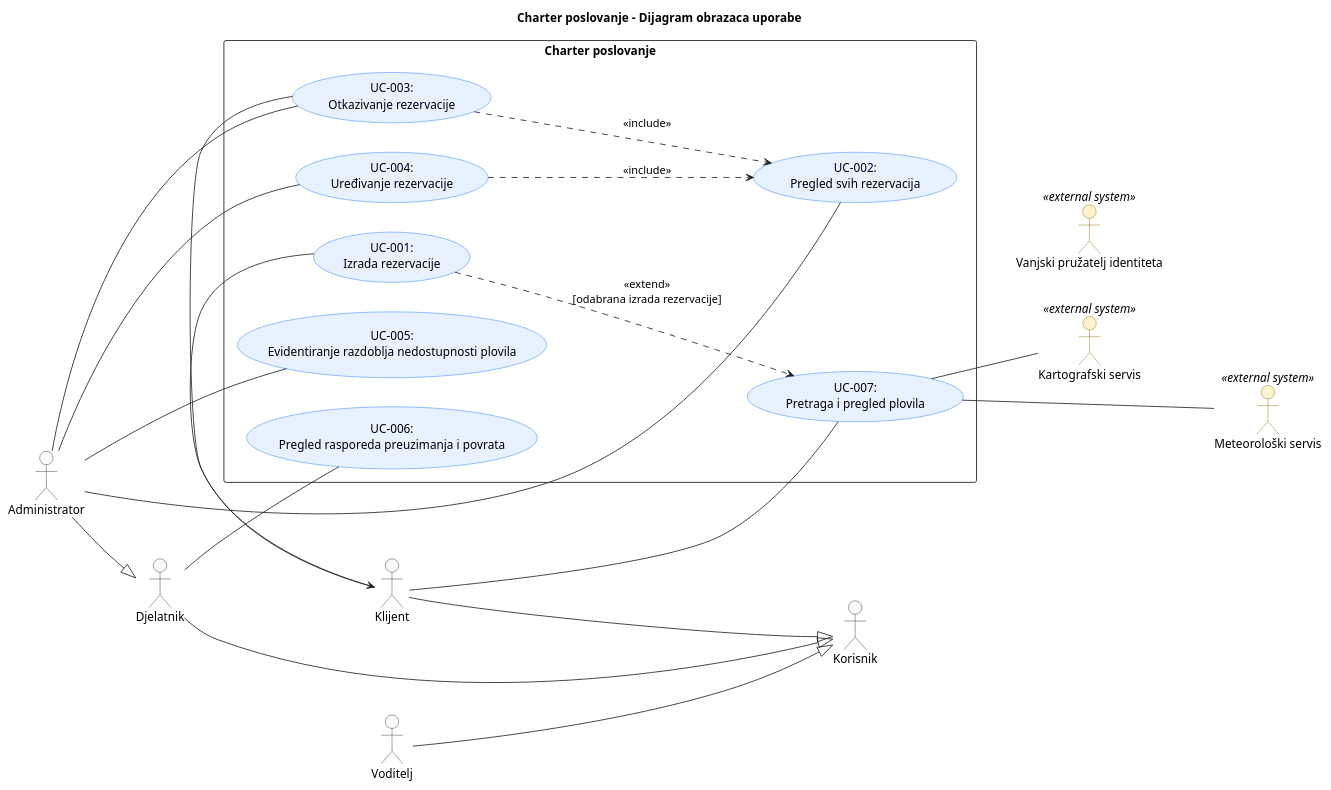
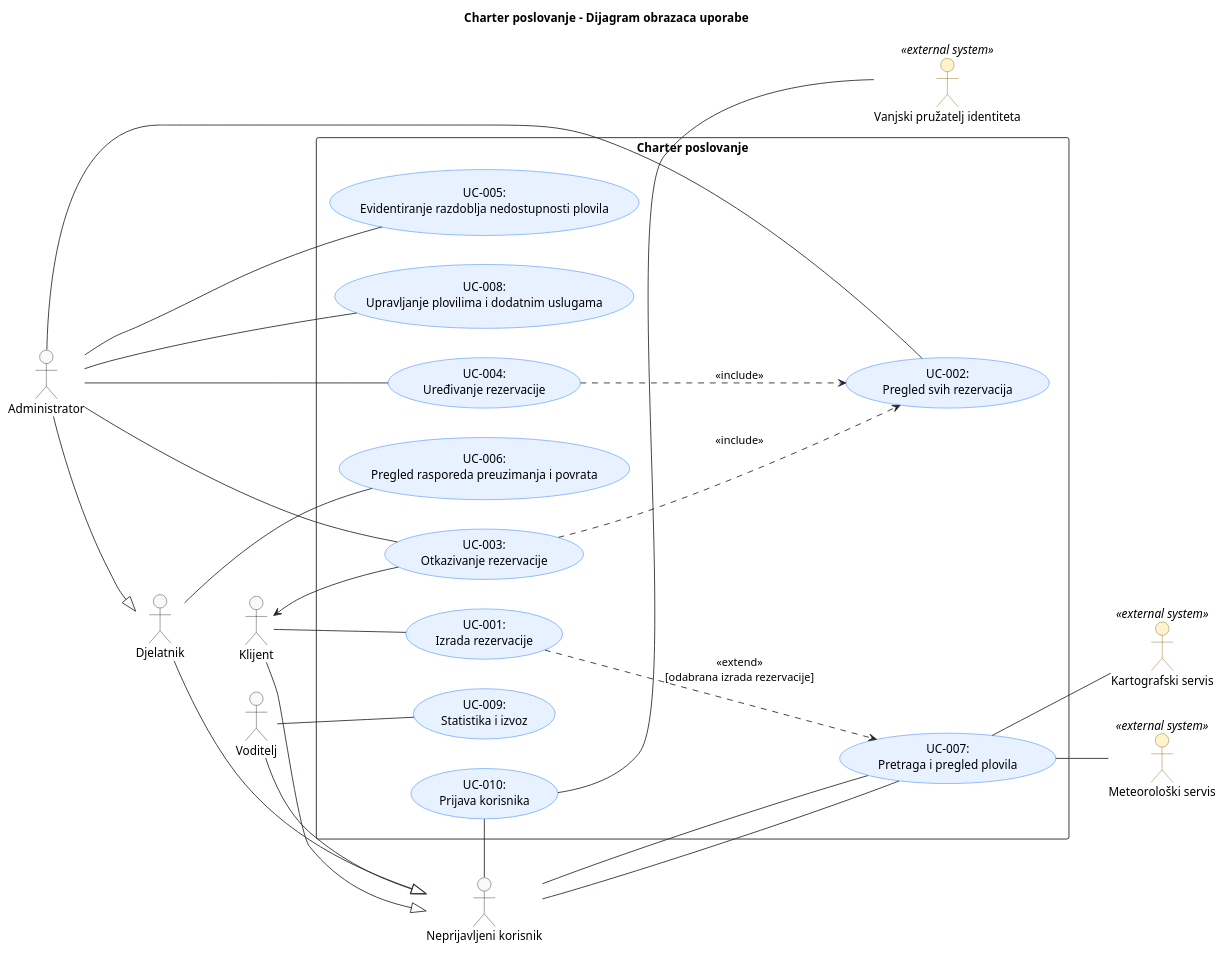
One commit to auzelac1/PROGI_PROJEKT changed the diagram in docs/puml/3-1-UC.puml. Above: the diagram before and after it, drawn with PlantUML.

Commit message:
Dodani preostali obrasci uporabe

```diff
--- a/docs/puml/3-1-UC.puml
+++ b/docs/puml/3-1-UC.puml
@@ -1,102 +1,119 @@
 @startuml
 left to right direction
 title "Charter poslovanje - Dijagram obrazaca uporabe"
 
 skinparam shadowing false
 skinparam defaultFontName Arial
 skinparam ArrowColor #212529
 skinparam FontColor #748cab
 
 skinparam actor {
     BackgroundColor #F8F9FA
     BorderColor #212529
     BackgroundColor<<external system>> #FFF3CD
     BorderColor<<external system>> #856404
 }
 
 skinparam usecase {
     BackgroundColor #E7F1FF
     BorderColor #0D6EFD
 }
 
 ' Primarni akteri
 
-actor Korisnik as "Korisnik"
+actor Neprijavljeni as "Neprijavljeni korisnik"
 actor Klijent as "Klijent"
 actor Djelatnik as "Djelatnik"
 actor Voditelj as "Voditelj"
 actor Admin as "Administrator"
 
 ' Sekundarni akteri
 actor "Vanjski pružatelj identiteta" as idp <<external system>>
 actor "Meteorološki servis" as meteo <<external system>>
 actor "Kartografski servis" as map <<external system>>
 
 ' Specijalizacije
-Klijent -|> Korisnik
+Klijent -|> Neprijavljeni
 Admin -|> Djelatnik
-Djelatnik -|> Korisnik
-Voditelj -|> Korisnik
+Djelatnik -|> Neprijavljeni
+Voditelj -|> Neprijavljeni
 
 ' Raspored na dijagramu
-Korisnik -[hidden]down-> Klijent
+Neprijavljeni-[hidden]down-> Klijent
 Djelatnik -[hidden]down-> Klijent
 Djelatnik -[hidden]down-> Voditelj
 Admin -[hidden]down-> Djelatnik
 
 rectangle "Charter poslovanje" as Charter {
 
     ' Izrada rezervacije
     (UC-001:\nIzrada rezervacije) as izradaRezervacije
     
     ' Uređivanje i otkazivanje rezervacija
     (UC-002:\nPregled svih rezervacija) as pregledRezervacije
     (UC-003:\nOtkazivanje rezervacije) as otkazivanjeRezervacije
     (UC-004:\nUređivanje rezervacije) as uredjivanjeRezervacije
 
     ' Evidentiranje razdoblja nedostupnosti plovila
     (UC-005:\nEvidentiranje razdoblja nedostupnosti plovila) as nedostupnost
     
     ' Pregled rasporeda preuzimanja i povrata
     (UC-006:\nPregled rasporeda preuzimanja i povrata) as preuzimanjePovrat
 
     ' Pretraga i pregled plovila
     (UC-007:\nPretraga i pregled plovila) as pregledPlovila
 
+    ' Upravljanje plovilima i dodatnim uslugama
+    (UC-008:\nUpravljanje plovilima i dodatnim uslugama) as upravljanjePlovilima
+    together {
+        ' Statistika i izvoz
+        (UC-009:\nStatistika i izvoz) as statistika
+
+        ' Prijava korisnika
+        (UC-010:\nPrijava korisnika) as prijava
+    }
 }
 
 ' Asocijacije aktera i slučajeva uporabe
 Klijent -- izradaRezervacije
 
 Admin -- pregledRezervacije
 
 Admin -- otkazivanjeRezervacije
 
 Admin -- uredjivanjeRezervacije
 
 Admin -- nedostupnost
 
 Djelatnik -- preuzimanjePovrat
 
-Klijent -- pregledPlovila
+Neprijavljeni -- pregledPlovila
+
+Neprijavljeni -- pregledPlovila
+
+Admin -- upravljanjePlovilima
+
+Voditelj -- statistika
+
+Neprijavljeni -- prijava
 
 ' Slanje poruke klijentu da mu je rezervacija otkazana
 otkazivanjeRezervacije --> Klijent
 
 ' Obavezno ponašanje
 otkazivanjeRezervacije ..> pregledRezervacije : <<include>>
 uredjivanjeRezervacije ..> pregledRezervacije : <<include>>
 
 ' Opcionalno ponašanje
 izradaRezervacije ..> pregledPlovila : <<extend>>\n[odabrana izrada rezervacije]
 
-' Interakcije sa sakundarnim akterima
+' Interakcije sa sekundarnim akterima
 pregledPlovila -- meteo
 pregledPlovila -- map
+prijava -- idp
 
-
-map -[hidden]left-> idp
-map -[hidden]down-> meteo
+meteo -[hidden]left-> map
+idp -[hidden]down-> meteo
 
 
 @enduml
```
